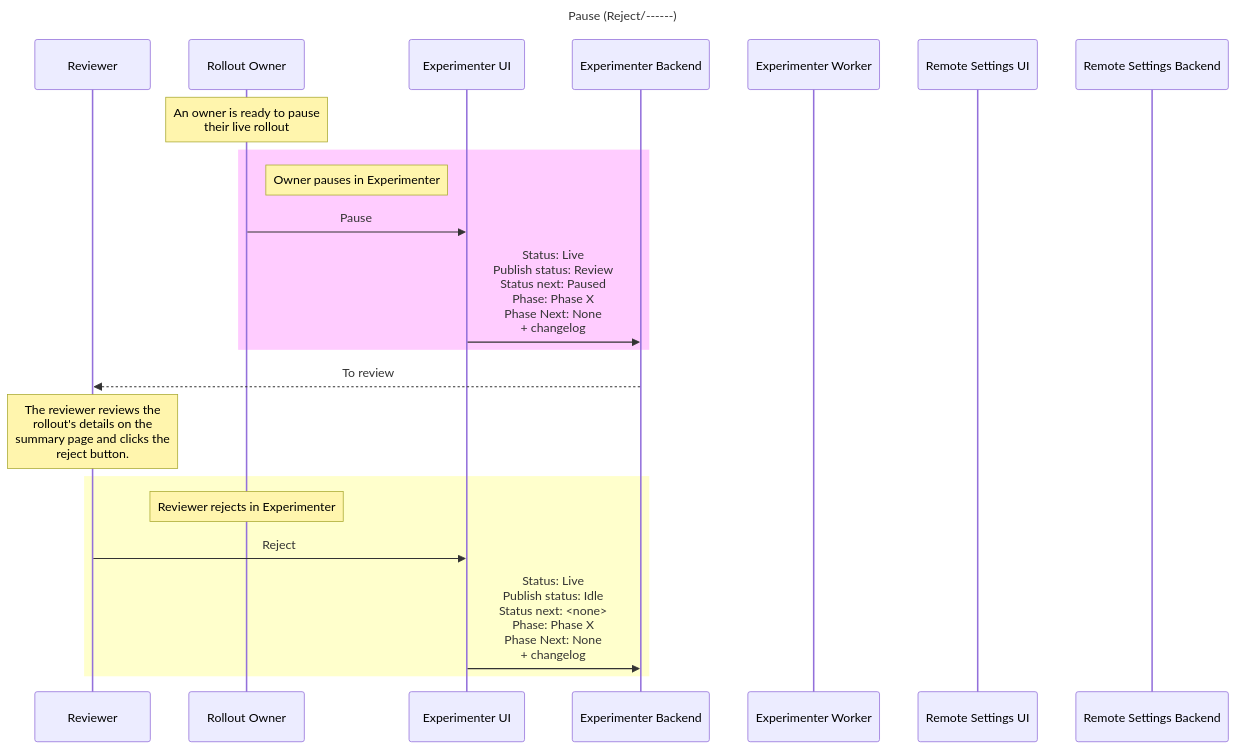
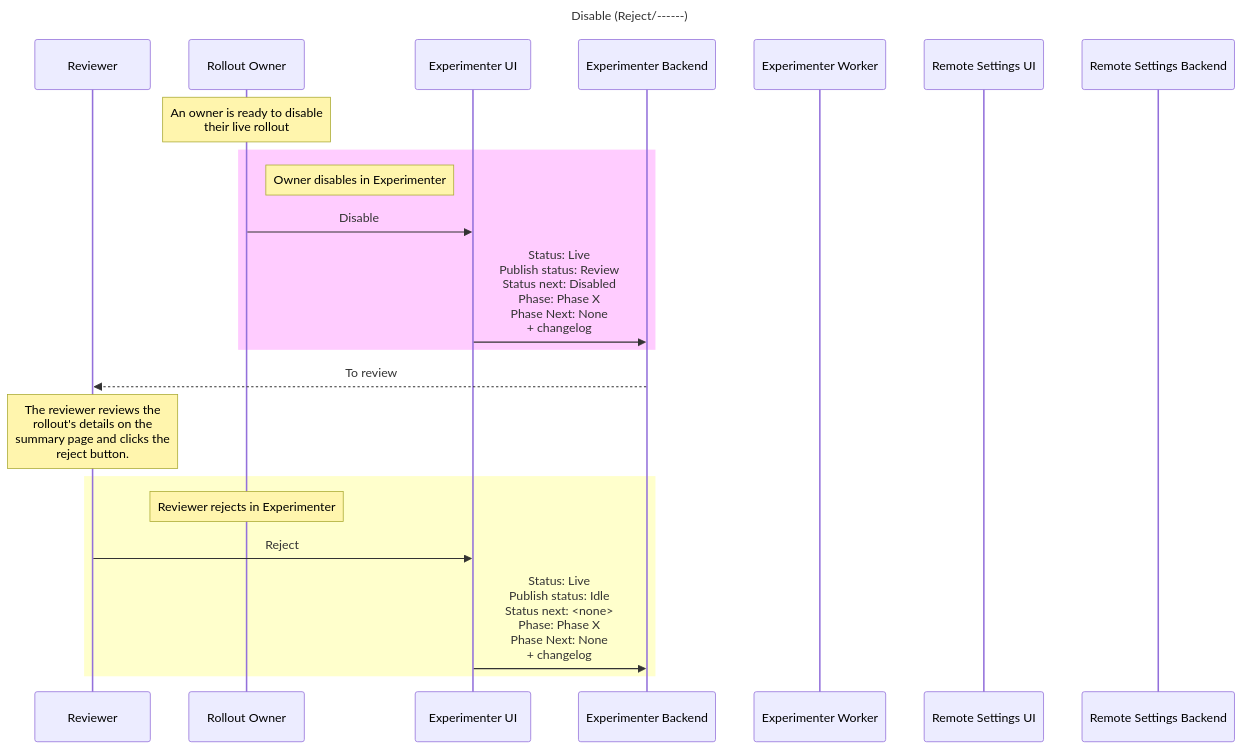
Before and after one commit to mozilla/experimenter: diagram 17 of 27 in docs/experimenter/rollouts.md, drawn with Mermaid. The commit also changed other lines of this file, not shown here.

First line of the commit message:
docs(nimbus): Add rollout mermaid diagrams

````diff
--- a/docs/experimenter/rollouts.md
+++ b/docs/experimenter/rollouts.md
@@ -754,28 +754,28 @@
 ```mermaid
   sequenceDiagram
     participant Reviewer
     participant Rollout Owner
     participant Experimenter UI
     participant Experimenter Backend
     participant Experimenter Worker
     participant Remote Settings UI
     participant Remote Settings Backend
-    title Pause (Reject/------)
+    title Disable (Reject/------)
     
-    Note over Rollout Owner: An owner is ready to pause <br/> their live rollout
+    Note over Rollout Owner: An owner is ready to disable <br/> their live rollout
     
     rect rgb(255,204,255) 
-        Note right of Rollout Owner: Owner pauses in Experimenter
-        Rollout Owner->>Experimenter UI: Pause
-        Experimenter UI->>Experimenter Backend: Status: Live <br/> Publish status: Review <br/> Status next: Paused <br/> Phase: Phase X <br/> Phase Next: None <br/> + changelog
+        Note right of Rollout Owner: Owner disables in Experimenter
+        Rollout Owner->>Experimenter UI: Disable
+        Experimenter UI->>Experimenter Backend: Status: Live <br/> Publish status: Review <br/> Status next: Disabled <br/> Phase: Phase X <br/> Phase Next: None <br/> + changelog
     end 
     
     Experimenter Backend-->>Reviewer: To review
     Note over Reviewer: The reviewer reviews the <br/> rollout's details on the <br/> summary page and clicks the <br/> reject button.
     
     rect rgb(255,255,204) 
         Note over Rollout Owner: Reviewer rejects in Experimenter
         Reviewer->>Experimenter UI: Reject
         Experimenter UI->>Experimenter Backend: Status: Live <br/> Publish status: Idle <br/> Status next: <none> <br/> Phase: Phase X <br/> Phase Next: None <br/> + changelog
     end 
 ```
````
